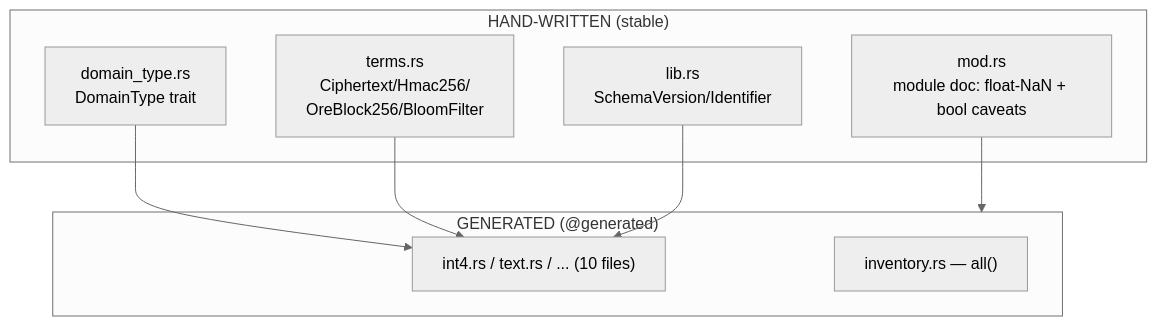
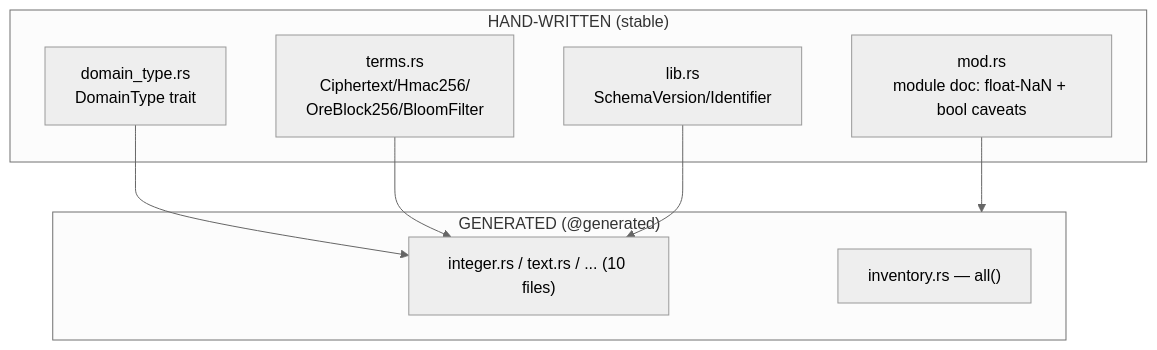
Before and after one commit to cipherstash/encrypt-query-language: the eighth of 15 diagrams in docs/reference/catalog-driven-architecture.md, drawn with Mermaid (neutral theme). The commit also changed other lines of this file and 10 other files, not shown here.

````diff
--- a/docs/reference/catalog-driven-architecture.md
+++ b/docs/reference/catalog-driven-architecture.md
@@ -361,17 +361,17 @@
 ```mermaid
 flowchart TD
     subgraph hand["HAND-WRITTEN (stable)"]
         MOD["mod.rs<br/>module doc: float-NaN + bool caveats"]
         DT["domain_type.rs<br/>DomainType trait"]
         TR["terms.rs<br/>Ciphertext/Hmac256/<br/>OreBlock256/BloomFilter"]
         LIB["lib.rs<br/>SchemaVersion/Identifier"]
     end
     subgraph gen["GENERATED (@generated)"]
-        I4["int4.rs / text.rs / ... (10 files)"]
+        I4["integer.rs / text.rs / ... (10 files)"]
         INV["inventory.rs — all()"]
     end
     DT --> I4
     TR --> I4
     LIB --> I4
     MOD --> gen
 ```
````
